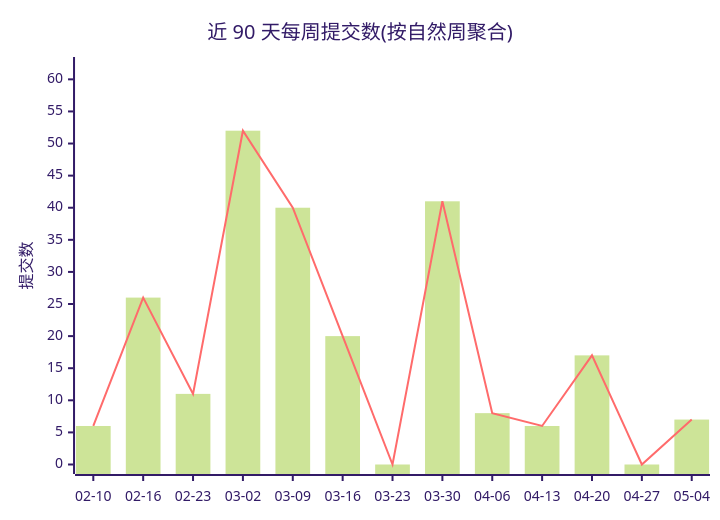
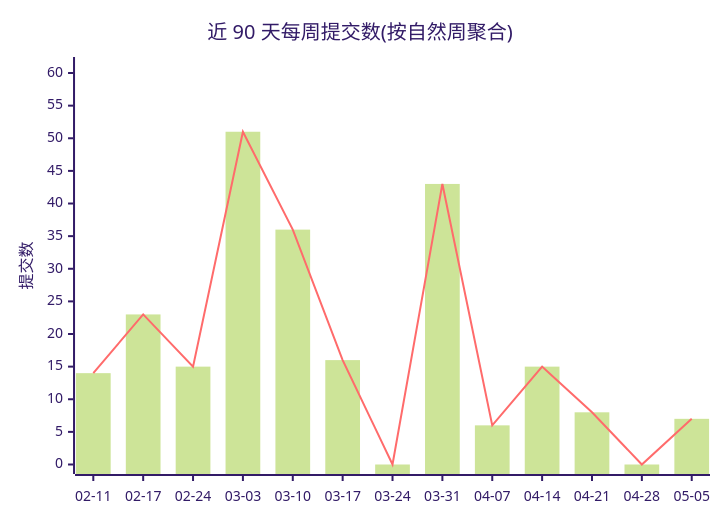
Before and after one commit to Conflux-Union/.github: the first of 2 diagrams in profile/README.md, drawn with Mermaid (forest theme). The commit also changed other lines of this file and 1 other file, not shown here.

Commit message:
chore(stats): refresh org commit stats

````diff
--- a/profile/README.md
+++ b/profile/README.md
@@ -44,8 +44,8 @@
 ```mermaid
 xychart-beta
     title "近 90 天每周提交数(按自然周聚合)"
-    x-axis ["02-10", "02-16", "02-23", "03-02", "03-09", "03-16", "03-23", "03-30", "04-06", "04-13", "04-20", "04-27", "05-04"]
-    y-axis "提交数" 0 --> 62
-    bar [6, 26, 11, 52, 40, 20, 0, 41, 8, 6, 17, 0, 7]
-    line [6, 26, 11, 52, 40, 20, 0, 41, 8, 6, 17, 0, 7]
+    x-axis ["02-11", "02-17", "02-24", "03-03", "03-10", "03-17", "03-24", "03-31", "04-07", "04-14", "04-21", "04-28", "05-05"]
+    y-axis "提交数" 0 --> 61
+    bar [14, 23, 15, 51, 36, 16, 0, 43, 6, 15, 8, 0, 7]
+    line [14, 23, 15, 51, 36, 16, 0, 43, 6, 15, 8, 0, 7]
 ```
````
